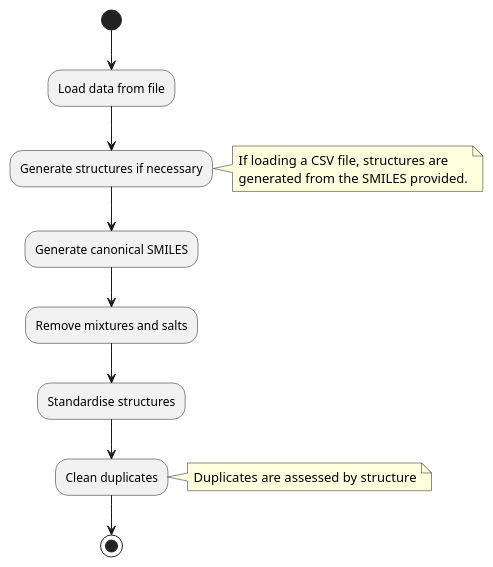
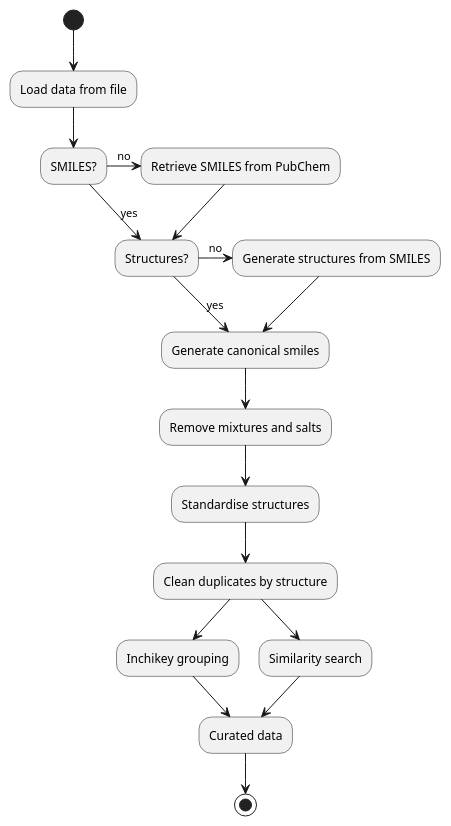
One commit to ErikOverdahl/MML_Data_Curation changed the diagram in README.org. Above: the diagram before and after it, drawn with PlantUML. The commit also changed other lines of this file and 2 other files, not shown here.

Commit message:
Continued updates

```diff
--- a/README.org
+++ b/README.org
@@ -5,16 +5,18 @@
 #+BEGIN_SRC plantuml :file tropsha_data_curation_workflow.png :export results
   (*) --> "Load data from file"
-  --> "Generate structures if necessary"
-  note right
-       If loading a CSV file, structures are
-       generated from the SMILES provided.
-  end note
-  --> "Generate canonical SMILES"
+  --> "SMILES?"
+  "SMILES?" -right->[no] "Retrieve SMILES from PubChem"
+  "SMILES?" -down->[yes] "Structures?"
+  "Retrieve SMILES from PubChem" --> "Structures?"
+  "Structures?" -right->[no] "Generate structures from SMILES"
+  "Generate structures from SMILES" --> "Generate canonical smiles"
+  "Structures?" -down->[yes] "Generate canonical smiles"
   --> "Remove mixtures and salts"
   --> "Standardise structures"
-  --> "Clean duplicates"
-  note right
-       Duplicates are assessed by structure
-  end note
-  --> (*)
+  --> "Clean duplicates by structure"
+  "Clean duplicates by structure" --> "Inchikey grouping"
+  "Clean duplicates by structure" --> "Similarity search"
+  "Inchikey grouping" --> "Curated data"
+  "Similarity search" --> "Curated data"
+  "Curated data" --> (*)
 #+END_SRC
```
